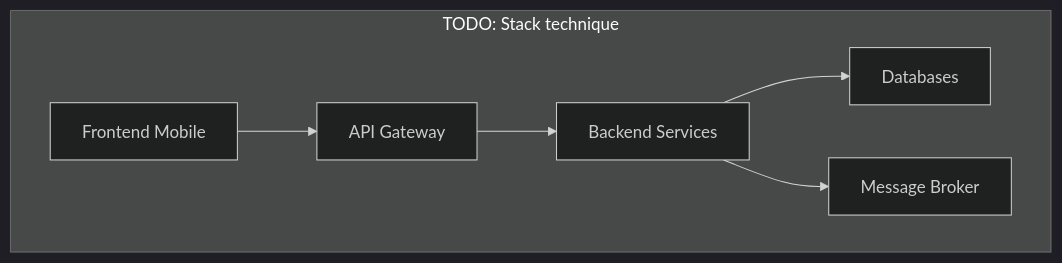
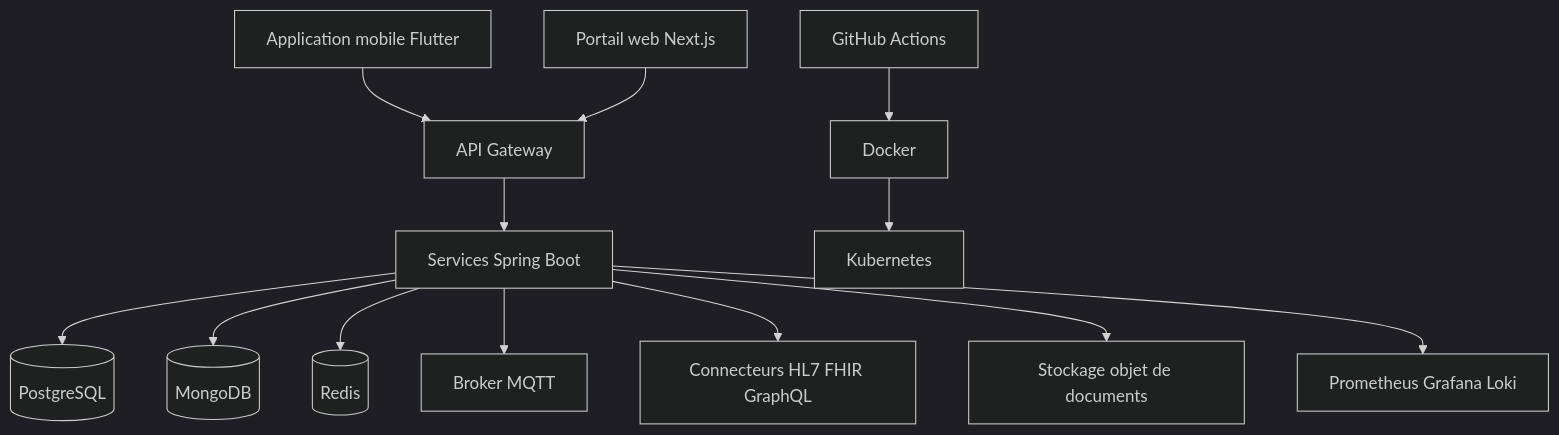
One commit to benoit-bremaud/eval-archi-healthruralnet changed the diagram in docs/part5-tech-stack.md. Above: the diagram before and after it, drawn with Mermaid (dark theme). The commit also changed other lines of this file and 1 other file, not shown here.

Commit message:
docs(part3,part5): rédiger patterns et stack technique

````diff
--- a/docs/part5-tech-stack.md
+++ b/docs/part5-tech-stack.md
@@ -25,9 +27,15 @@
 ```mermaid
 graph TB
-    subgraph "TODO: Stack technique"
-        A[Frontend Mobile] --> B[API Gateway]
-        B --> C[Backend Services]
-        C --> D[Databases]
-        C --> E[Message Broker]
-    end
+    A[Application mobile Flutter] --> B[API Gateway]
+    C[Portail web Next.js] --> B
+    B --> D[Services Spring Boot]
+    D --> E[(PostgreSQL)]
+    D --> F[(MongoDB)]
+    D --> G[(Redis)]
+    D --> H[Broker MQTT]
+    D --> I[Connecteurs HL7 FHIR GraphQL]
+    D --> J[Stockage objet de documents]
+    K[GitHub Actions] --> L[Docker]
+    L --> M[Kubernetes]
+    D --> N[Prometheus Grafana Loki]
 ```
````
